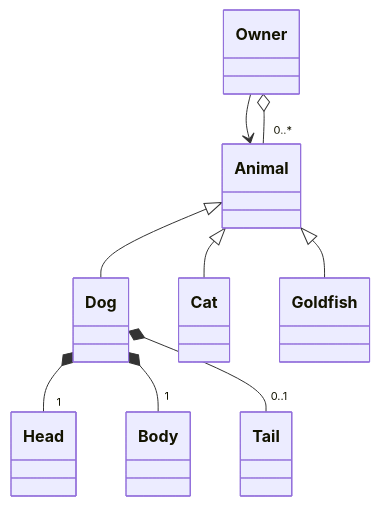
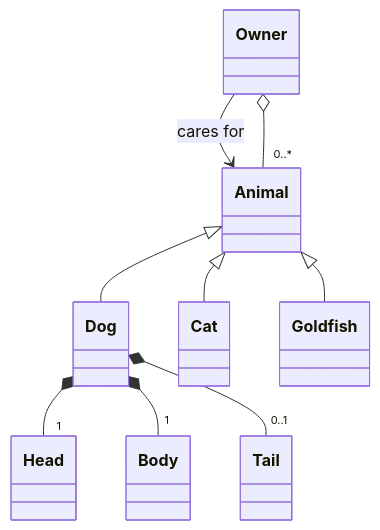
One commit to UPPMAX/programming_formalisms changed the diagram in docs/design_develop/OO_development.md. Above: the diagram before and after it, drawn with Mermaid.

Commit message:
fixed class diagram

````diff
--- a/docs/design_develop/OO_development.md
+++ b/docs/design_develop/OO_development.md
@@ -64,11 +64,11 @@
 ```mermaid
 classDiagram
-    Owner-->Animal
+    Owner-->Animal: cares for
     Dog*--"1"Head
     Dog*--"1"Body
     Dog*--"0..1"Tail
     Owner o--"0..*"Animal
     Animal <|--Dog
     Animal <|--Cat
     Animal <|--Goldfish
 ```
````
